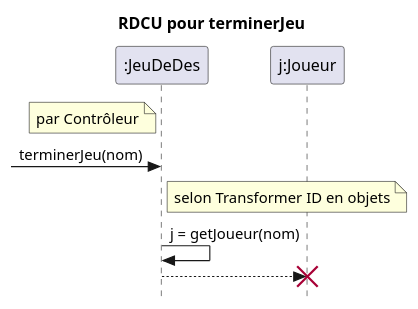
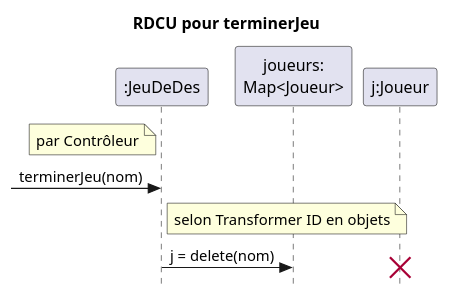
The diagram in docs/rdcu-terminerJeu.puml (profcfuhrmanets/log210-jeu-de-des-node-express-ts), drawn with PlantUML before and after one commit. The commit also changed 4 other files, not shown here.

```diff
--- a/docs/rdcu-terminerJeu.puml
+++ b/docs/rdcu-terminerJeu.puml
@@ -1,12 +1,13 @@
 @startuml
 skinparam style strictuml
 title RDCU pour terminerJeu
 participant ":JeuDeDes" as c
+participant "joueurs:\nMap<Joueur>" as jm
 participant "j:Joueur" as j
 note left of c : par Contrôleur 
 ->c : terminerJeu(nom)
 note right of c : selon Transformer ID en objets 
-c->c : j = getJoueur(nom)
-c-->j
+c->jm : j = delete(nom)
+'c-->j
 destroy j
 @enduml
```
